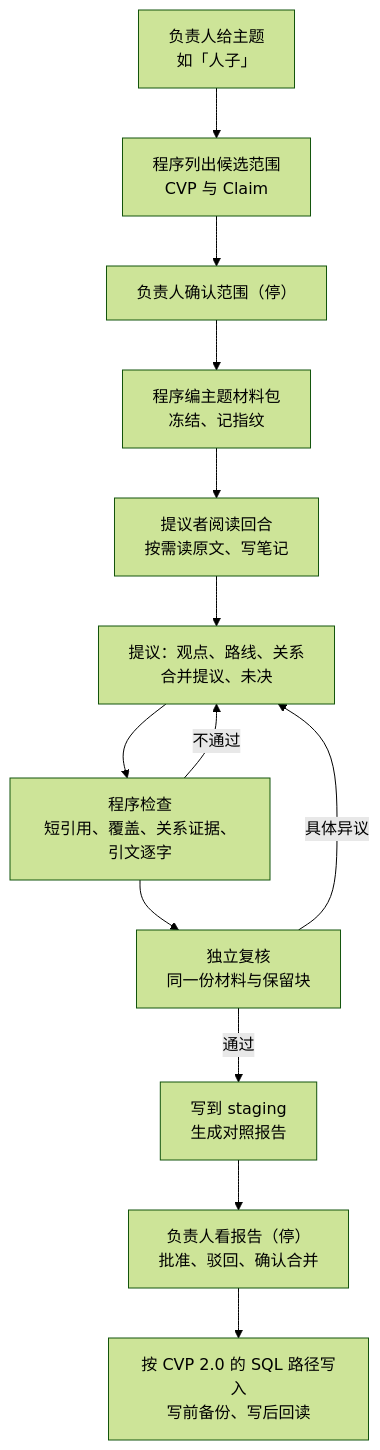
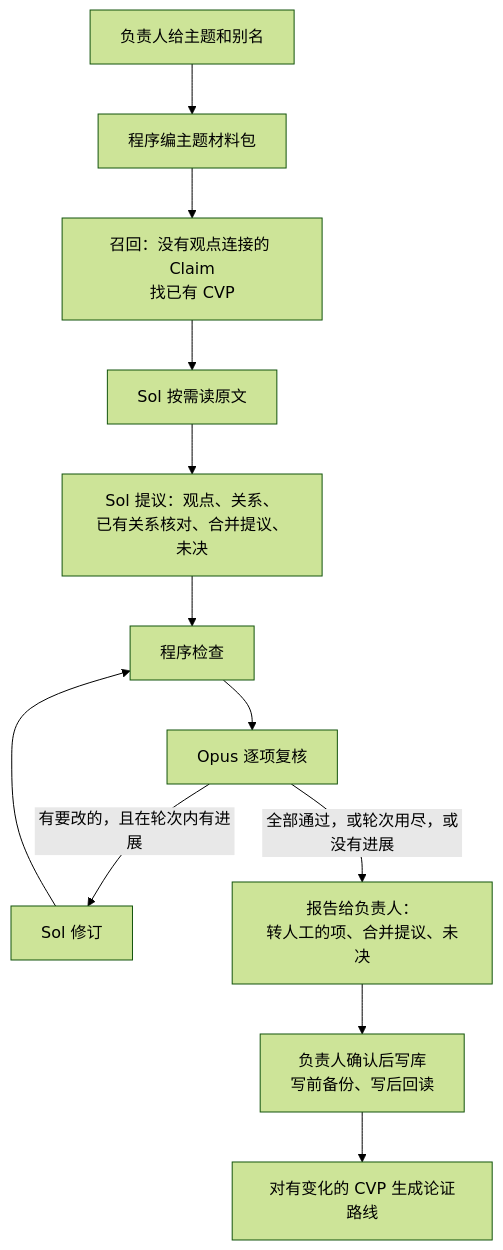
One commit to junyang168/smart-answer changed the diagram in docs/wang-knowledge-platform/20-knowledge/topic_cvp_agent_solution.md. Above: the diagram before and after it, drawn with Mermaid (forest theme). The commit also changed other lines of this file and 2 other files, not shown here.

First line of the commit message:
docs(wang): CVP 3.0 — the topic agent replaces batch CVP generation (#456)

````diff
--- a/docs/wang-knowledge-platform/20-knowledge/topic_cvp_agent_solution.md
+++ b/docs/wang-knowledge-platform/20-knowledge/topic_cvp_agent_solution.md
@@ -81,15 +62,14 @@
 ```mermaid
 flowchart TD
-    T["负责人给主题<br/>如「人子」"] --> S["程序列出候选范围<br/>CVP 与 Claim"]
-    S --> SC["负责人确认范围（停）"]
-    SC --> PK["程序编主题材料包<br/>冻结、记指纹"]
-    PK --> RD["提议者阅读回合<br/>按需读原文、写笔记"]
-    RD --> PR["提议：观点、路线、关系<br/>合并提议、未决"]
-    PR --> V["程序检查<br/>短引用、覆盖、关系证据、引文逐字"]
-    V -->|"不通过"| PR
-    V --> RV["独立复核<br/>同一份材料与保留块"]
-    RV -->|"具体异议"| PR
-    RV -->|"通过"| ST["写到 staging<br/>生成对照报告"]
-    ST --> OW["负责人看报告（停）<br/>批准、驳回、确认合并"]
-    OW --> W["按 CVP 2.0 的 SQL 路径写入<br/>写前备份、写后回读"]
+    T["负责人给主题和别名"] --> PK["程序编主题材料包"]
+    PK --> RC["召回：没有观点连接的 Claim<br/>找已有 CVP"]
+    RC --> RD["Sol 按需读原文"]
+    RD --> PR["Sol 提议：观点、关系、<br/>已有关系核对、合并提议、未决"]
+    PR --> CK["程序检查"]
+    CK --> RV["Opus 逐项复核"]
+    RV -->|"有要改的，且在轮次内有进展"| RE["Sol 修订"]
+    RE --> CK
+    RV -->|"全部通过，或轮次用尽，或没有进展"| OW["报告给负责人：<br/>转人工的项、合并提议、未决"]
+    OW --> W["负责人确认后写库<br/>写前备份、写后回读"]
+    W --> RT["对有变化的 CVP 生成论证路线"]
 ```
````
